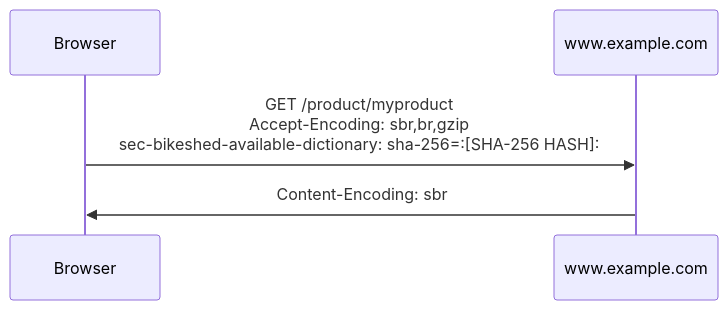
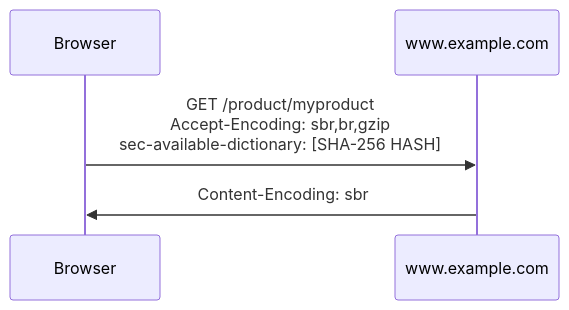
The fourth of 4 diagrams in README.md (WICG/compression-dictionary-transport), drawn with Mermaid before and after one commit. The commit also changed other lines of this file, not shown here.

First line of the commit message:
Removed bikeshed, added to path and hash (#24)

````diff
--- a/README.md
+++ b/README.md
@@ -242,5 +241,5 @@
 ```mermaid
 sequenceDiagram
-Browser->>www.example.com: GET /product/myproduct<br/>Accept-Encoding: sbr,br,gzip<br/>sec-bikeshed-available-dictionary: sha-256=:[SHA-256 HASH]:
+Browser->>www.example.com: GET /product/myproduct<br/>Accept-Encoding: sbr,br,gzip<br/>sec-available-dictionary: [SHA-256 HASH]
 www.example.com->>Browser: Content-Encoding: sbr
 ```
````
